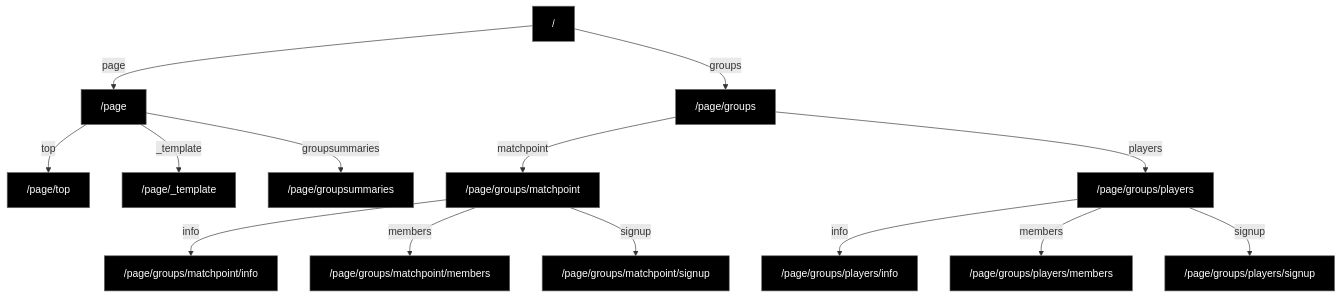
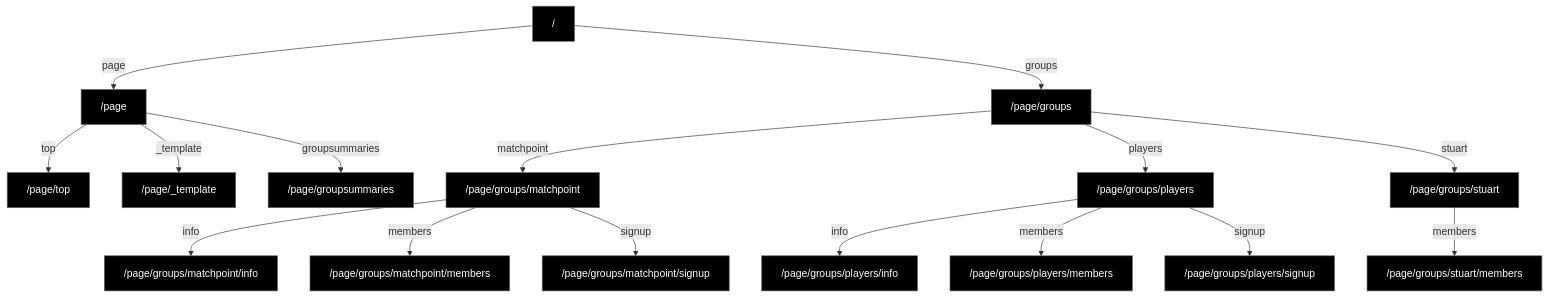
One commit to pelicanbaytennisgroups/content changed the diagram in README.md. Above: the diagram before and after it, drawn with Mermaid. The commit also changed other lines of this file, not shown here.

Commit message:
Update README with external links map [ci skip]

````diff
--- a/README.md
+++ b/README.md
@@ -19,32 +20,36 @@
 ```mermaid
 graph TD
     %% Site structure diagram with styling
     classDef default fill:#000,color:#fff,stroke:#666,stroke-width:1px;
     Root["/"]
     page["/page"]
     Root -->|"page"| page
     page_top["/page/top"]
     page -->|"top"| page_top
     page_groups["/page/groups"]
     Root -->|"groups"| page_groups
     page_groups_matchpoint["/page/groups/matchpoint"]
     page_groups -->|"matchpoint"| page_groups_matchpoint
     page_groups_players["/page/groups/players"]
     page_groups -->|"players"| page_groups_players
+    page_groups_stuart["/page/groups/stuart"]
+    page_groups -->|"stuart"| page_groups_stuart
     page__template["/page/_template"]
     page -->|"_template"| page__template
     page_groups_matchpoint_info["/page/groups/matchpoint/info"]
     page_groups_matchpoint -->|"info"| page_groups_matchpoint_info
     page_groups_matchpoint_members["/page/groups/matchpoint/members"]
     page_groups_matchpoint -->|"members"| page_groups_matchpoint_members
     page_groups_matchpoint_signup["/page/groups/matchpoint/signup"]
     page_groups_matchpoint -->|"signup"| page_groups_matchpoint_signup
     page_groups_players_info["/page/groups/players/info"]
     page_groups_players -->|"info"| page_groups_players_info
     page_groups_players_members["/page/groups/players/members"]
     page_groups_players -->|"members"| page_groups_players_members
     page_groups_players_signup["/page/groups/players/signup"]
     page_groups_players -->|"signup"| page_groups_players_signup
+    page_groups_stuart_members["/page/groups/stuart/members"]
+    page_groups_stuart -->|"members"| page_groups_stuart_members
     page_groupsummaries["/page/groupsummaries"]
     page -->|"groupsummaries"| page_groupsummaries
 ```
````
